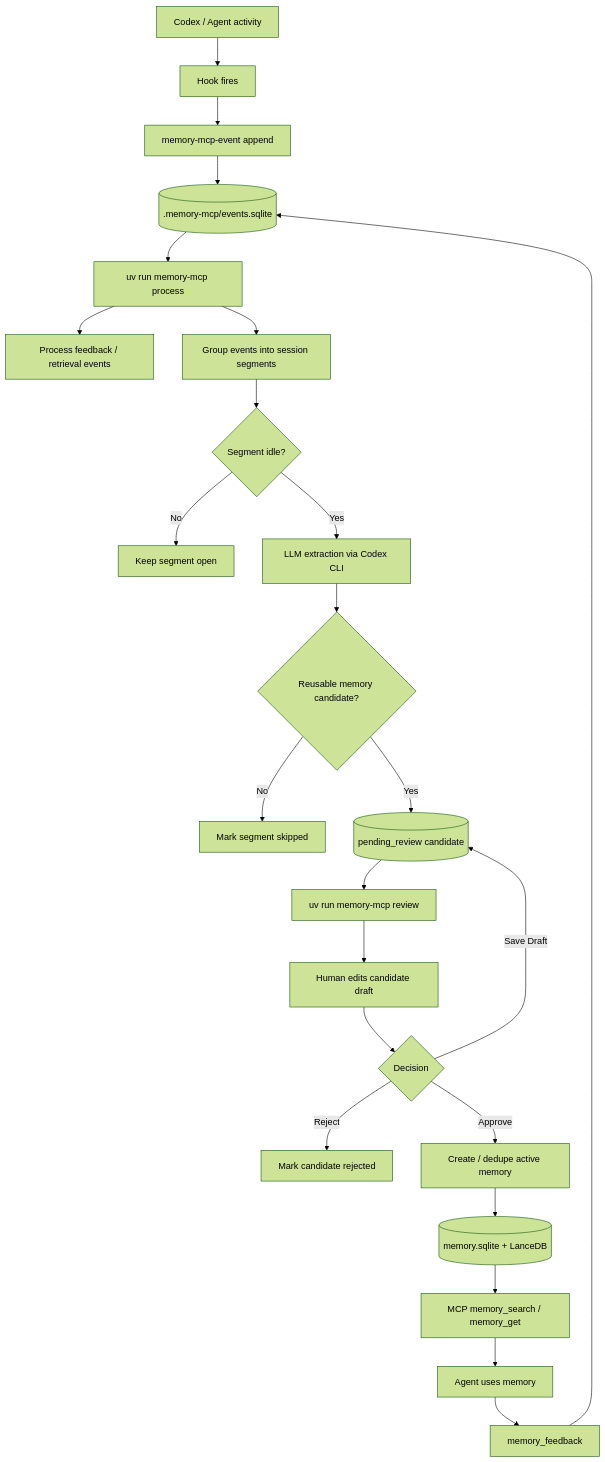
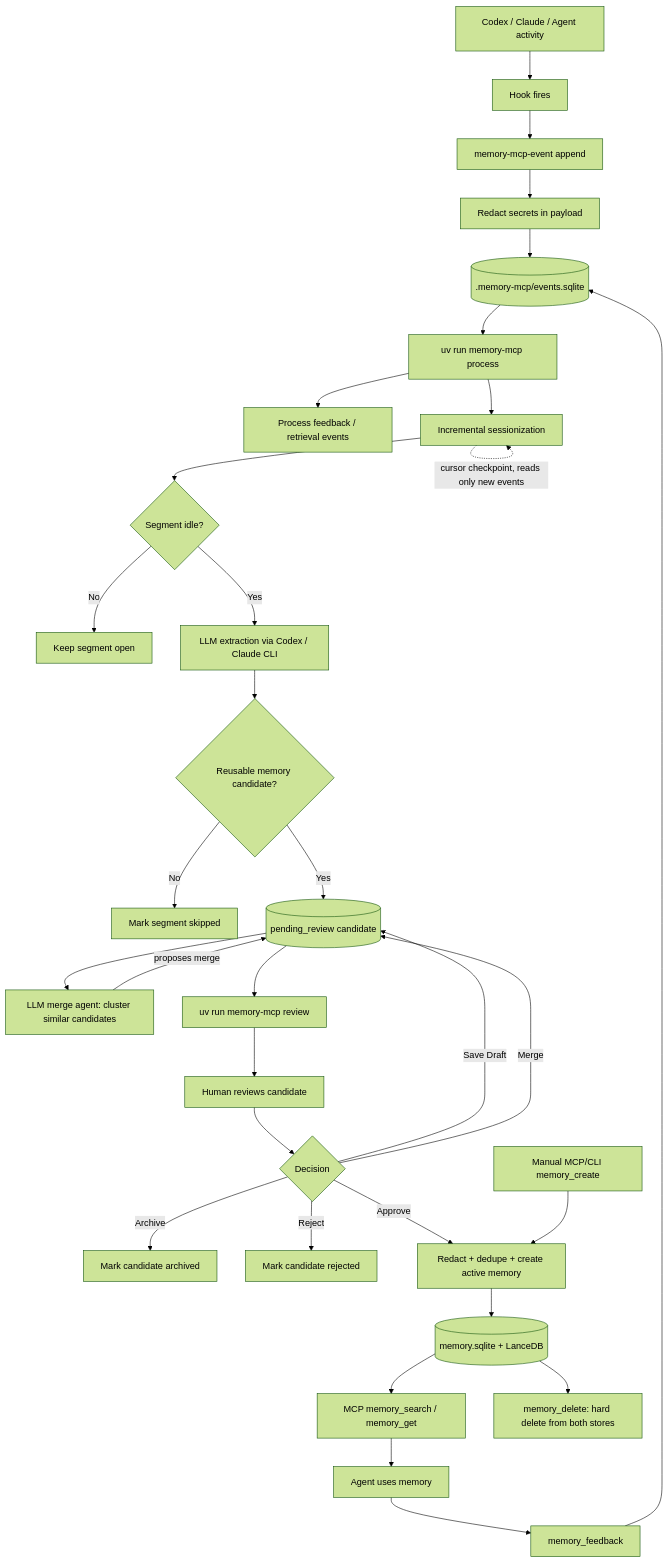
The diagram in flow.md (sijoonlee/memory-plugin), drawn with Mermaid (forest theme) before and after one commit. The commit also changed other lines of this file and 11 other files, not shown here.

````diff
--- a/flow.md
+++ b/flow.md
@@ -3,33 +7,43 @@
 ```mermaid
 flowchart TD
-    A[Codex / Agent activity] --> B[Hook fires]
+    A[Codex / Claude / Agent activity] --> B[Hook fires]
     B --> C[memory-mcp-event append]
-    C --> D[(.memory-mcp/events.sqlite)]
+    C --> RD1[Redact secrets in payload]
+    RD1 --> D[(.memory-mcp/events.sqlite)]
 
     D --> E[uv run memory-mcp process]
 
     E --> F[Process feedback / retrieval events]
-    E --> G[Group events into session segments]
+    E --> G[Incremental sessionization]
+    G -. cursor checkpoint, reads only new events .-> G
     G --> H{Segment idle?}
 
     H -- No --> I[Keep segment open]
-    H -- Yes --> J[LLM extraction via Codex CLI]
+    H -- Yes --> J[LLM extraction via Codex / Claude CLI]
 
     J --> K{Reusable memory candidate?}
     K -- No --> L[Mark segment skipped]
     K -- Yes --> M[(pending_review candidate)]
 
+    M --> AG[LLM merge agent: cluster similar candidates]
+    AG -- proposes merge --> M
+
     M --> N[uv run memory-mcp review]
-    N --> O[Human edits candidate draft]
+    N --> O[Human reviews candidate]
     O --> P{Decision}
 
     P -- Save Draft --> M
+    P -- Merge --> M
+    P -- Archive --> AR[Mark candidate archived]
     P -- Reject --> Q[Mark candidate rejected]
-    P -- Approve --> R[Create / dedupe active memory]
+    P -- Approve --> R[Redact + dedupe + create active memory]
+
+    MC[Manual MCP/CLI memory_create] --> R
 
     R --> S[(memory.sqlite + LanceDB)]
     S --> T[MCP memory_search / memory_get]
     T --> U[Agent uses memory]
     U --> V[memory_feedback]
     V --> D
+    S --> DEL[memory_delete: hard delete from both stores]
 ```
````
